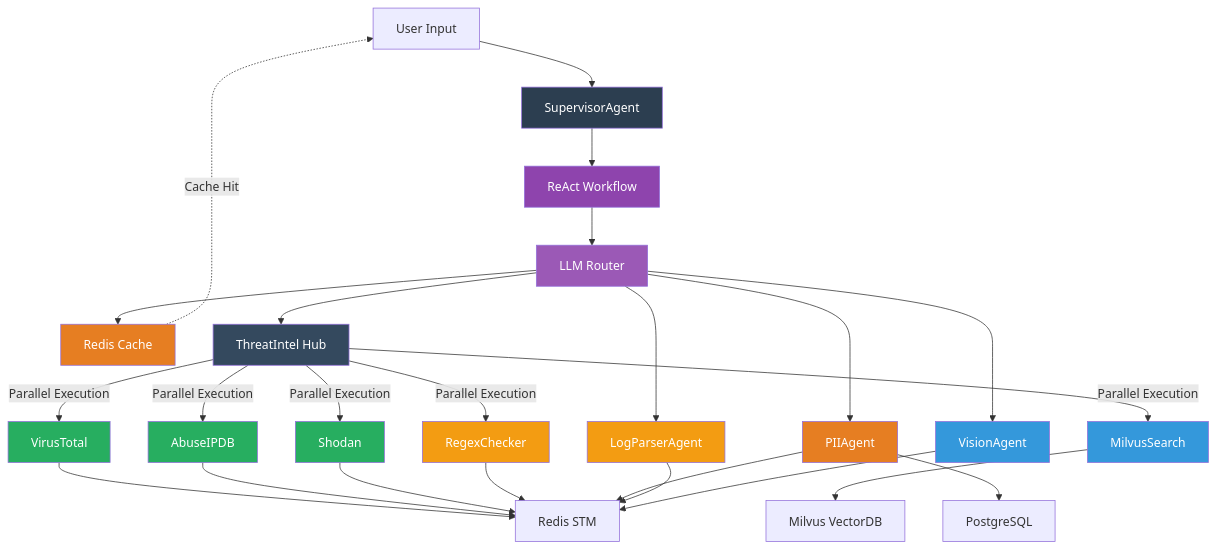
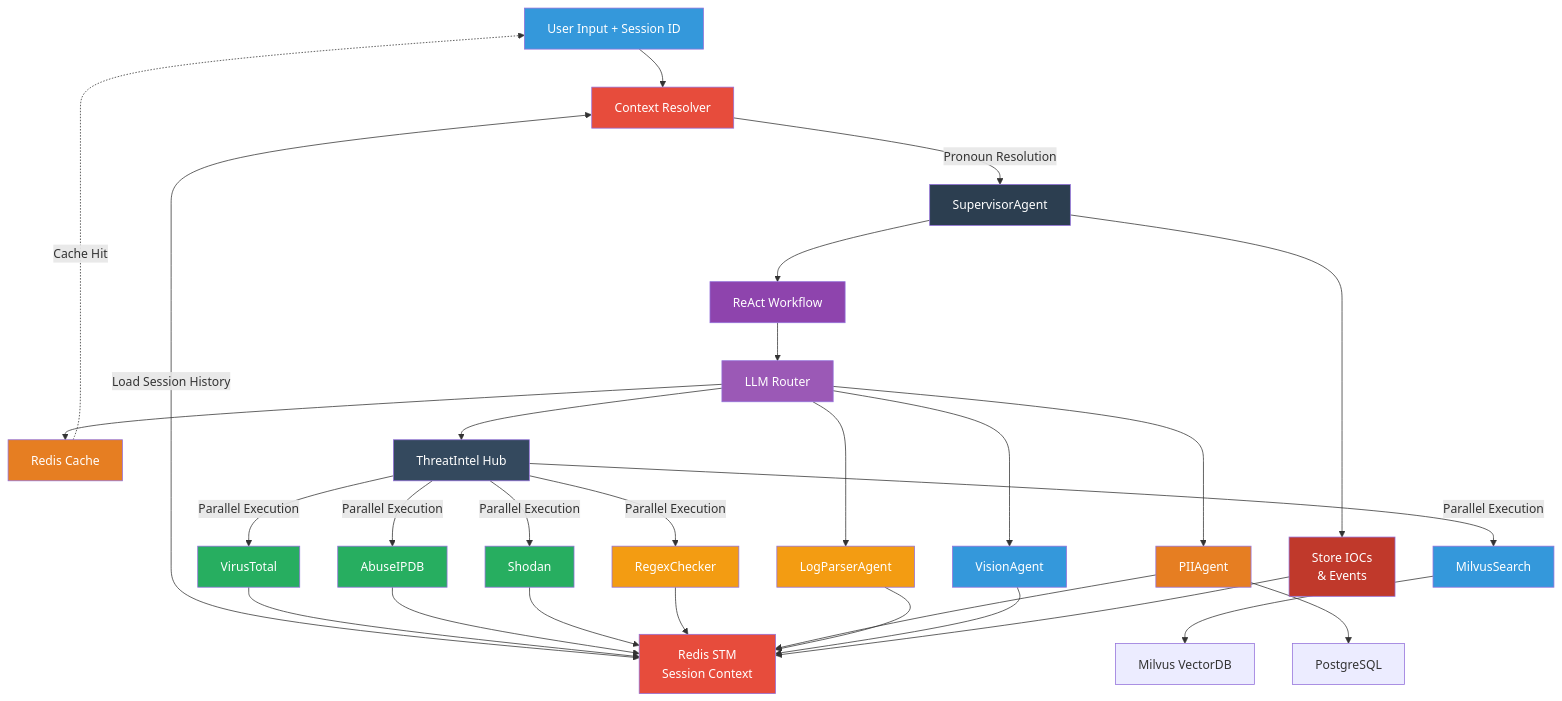
The diagram in README.md (chintamanil/cybershield), drawn with Mermaid before and after one commit. The commit also changed other lines of this file and 18 other files, not shown here.

First line of the commit message:
docs: Add comprehensive context memory & session management documentation

````diff
--- a/README.md
+++ b/README.md
@@ -39,65 +39,78 @@
 ```mermaid
 graph TD
-    U1[User Input]
+    U1[User Input + Session ID]
+    CTX[Context Resolver]
     A1[SupervisorAgent]
     REACT[ReAct Workflow]
     LLM[LLM Router]
     CACHE[Redis Cache]
 
     TI[ThreatIntel Hub]
     T1[VirusTotal]
     T2[AbuseIPDB]
     T3[Shodan]
     T4[MilvusSearch]
     T5[RegexChecker]
 
     A2[PIIAgent]
     A4[LogParserAgent]
     A5[VisionAgent]
 
-    M1[Redis STM]
+    M1[Redis STM<br/>Session Context]
     V1[Milvus VectorDB]
     DB1[PostgreSQL]
 
-    U1 --> A1
+    STORE[Store IOCs<br/>& Events]
+
+    U1 --> CTX
+    CTX -->|Pronoun Resolution| A1
+    CTX <-->|Load Session History| M1
+
     A1 --> REACT
     REACT --> LLM
     LLM --> CACHE
     CACHE -.->|Cache Hit| U1
 
     LLM --> TI
     LLM --> A2
     LLM --> A4
     LLM --> A5
 
     TI -->|Parallel Execution| T1
     TI -->|Parallel Execution| T2
     TI -->|Parallel Execution| T3
     TI -->|Parallel Execution| T4
     TI -->|Parallel Execution| T5
 
     T1 --> M1
     T2 --> M1
     T3 --> M1
     T4 --> V1
     T5 --> M1
 
     A2 --> M1
     A2 --> DB1
     A4 --> M1
     A5 --> M1
 
+    A1 --> STORE
+    STORE --> M1
+
+    style U1 fill:#3498db, color:#ffffff
+    style CTX fill:#e74c3c, color:#ffffff
     style A1 fill:#2c3e50, color:#ffffff
     style REACT fill:#8e44ad, color:#ffffff
     style LLM fill:#9b59b6, color:#ffffff
     style CACHE fill:#e67e22, color:#ffffff
     style TI fill:#34495e, color:#ffffff
     style T1 fill:#27ae60, color:#ffffff
     style T2 fill:#27ae60, color:#ffffff
     style T3 fill:#27ae60, color:#ffffff
     style T4 fill:#3498db, color:#ffffff
     style T5 fill:#f39c12, color:#ffffff
     style A2 fill:#e67e22, color:#ffffff
     style A4 fill:#f39c12, color:#ffffff
     style A5 fill:#3498db, color:#ffffff
+    style M1 fill:#e74c3c, color:#ffffff
+    style STORE fill:#c0392b, color:#ffffff
 ```
````
